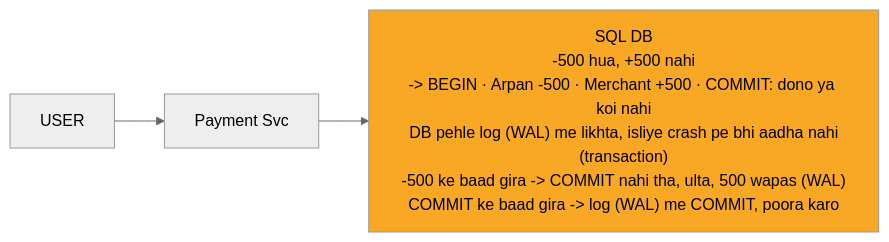
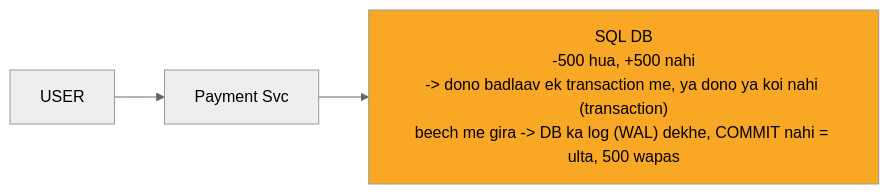
The diagram in 04_HLD/SYSTEM_DESIGNS/06_payment_system/img/c1.mmd (ArpanMaheshwari144/Prep), drawn with Mermaid (neutral theme) before and after one commit. The commit also changed 42 other files, not shown here.

```diff
--- a/04_HLD/SYSTEM_DESIGNS/06_payment_system/img/c1.mmd
+++ b/04_HLD/SYSTEM_DESIGNS/06_payment_system/img/c1.mmd
@@ -1,8 +1,8 @@
 %%{init: {"flowchart": {"wrappingWidth": 450}}}%%
 flowchart LR
     n_USER["USER"]
     n_Payment_Svc["Payment Svc"]
-    n_DB["SQL DB<br/>-500 hua, +500 nahi<br/>-> BEGIN · Arpan -500 · Merchant +500 · COMMIT: dono ya koi nahi<br/>DB pehle log (WAL) me likhta, isliye crash pe bhi aadha nahi<br/>(transaction)<br/>-500 ke baad gira -> COMMIT nahi tha, ulta, 500 wapas (WAL)<br/>COMMIT ke baad gira -> log (WAL) me COMMIT, poora karo"]
+    n_DB["SQL DB<br/>-500 hua, +500 nahi<br/>-> dono badlaav ek transaction me, ya dono ya koi nahi (transaction)<br/>beech me gira -> DB ka log (WAL) dekhe, COMMIT nahi = ulta, 500 wapas"]
     n_USER --> n_Payment_Svc
     n_Payment_Svc --> n_DB
     style n_DB fill:#f9a825,color:#000
```
